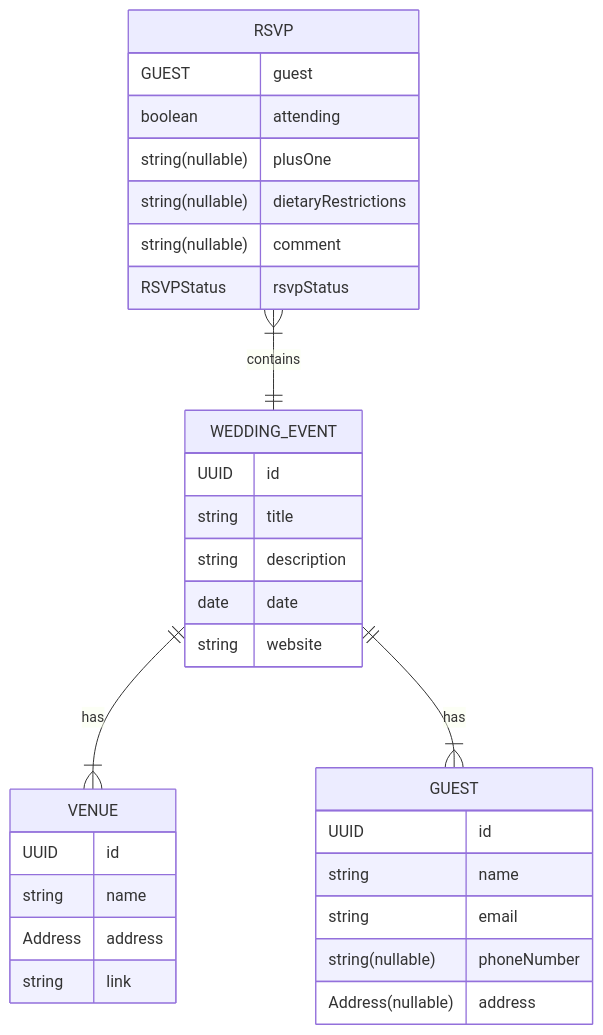
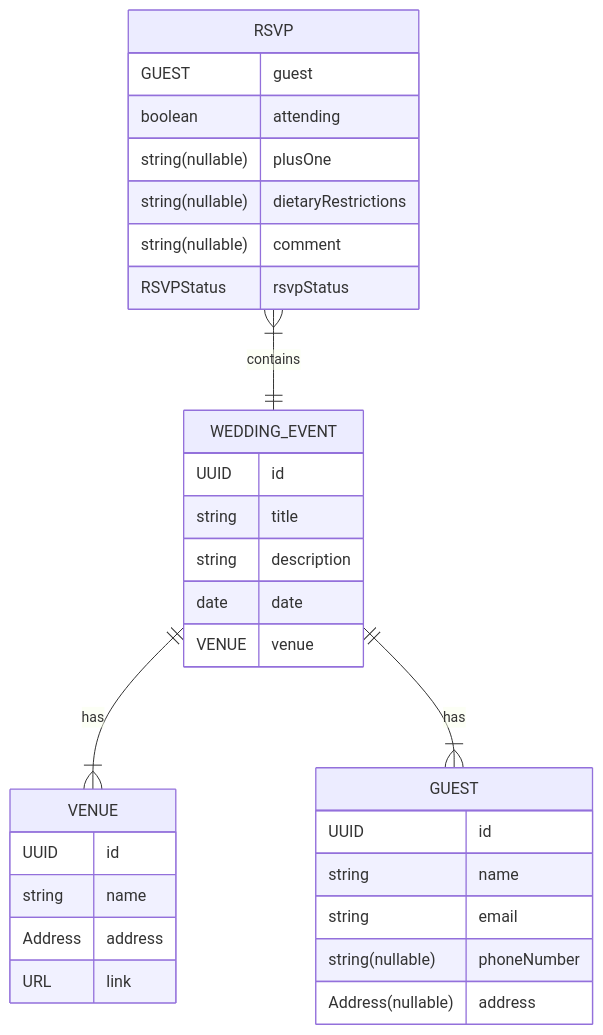
The second of 4 diagrams in README.md (dylanlangston/langston-wedding.com), drawn with Mermaid before and after one commit.

Commit message:
Correct types in entity relationship diagram

````diff
--- a/README.md
+++ b/README.md
@@ -191,34 +191,34 @@
 ```mermaid
 erDiagram
     RSVP }|--|| WEDDING_EVENT : contains
     WEDDING_EVENT ||--|{ VENUE : has
     WEDDING_EVENT ||--|{ GUEST : has
     RSVP {
         GUEST guest
         boolean attending
         string(nullable) plusOne
         string(nullable) dietaryRestrictions
         string(nullable) comment
         RSVPStatus rsvpStatus
     }
     VENUE {
         UUID id
         string name
         Address address
-        string link
+        URL link
     }
     GUEST {
         UUID id
         string name
         string email
         string(nullable) phoneNumber
         Address(nullable) address
     }
     WEDDING_EVENT {
         UUID id
         string title
         string description
         date date
-        string website
+        VENUE venue
     }
 ```
````
